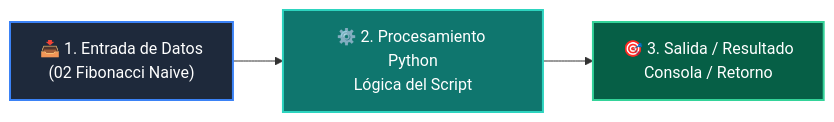
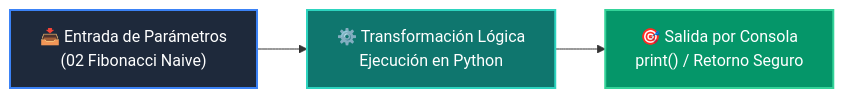
The diagram in 02-algoritmos-estructuras/clase-08-recursividad-y-programacion-dinamica/ejemplos/ejemplo_02_fibonacci_naive/README.md (wisrovi/wisrovi-python), drawn with Mermaid before and after one commit. The commit also changed other lines of this file and 226 other files, not shown here.

Commit message:
docs: elevate all repository READMEs to world-class mastery standard with rich pedagogical architecture, custom Mermaids, and professional styling

````diff
--- a/02-algoritmos-estructuras/clase-08-recursividad-y-programacion-dinamica/ejemplos/ejemplo_02_fibonacci_naive/README.md
+++ b/02-algoritmos-estructuras/clase-08-recursividad-y-programacion-dinamica/ejemplos/ejemplo_02_fibonacci_naive/README.md
@@ -12,9 +19,9 @@
 ```mermaid
 flowchart LR
-    A["📥 1. Entrada de Datos<br/>(02 Fibonacci Naive)"] --> B["⚙️ 2. Procesamiento Python<br/>Lógica del Script"]
-    B --> C["🎯 3. Salida / Resultado<br/>Consola / Retorno"]
+    A["📥 Entrada de Parámetros<br/>(02 Fibonacci Naive)"] --> B["⚙️ Transformación Lógica<br/>Ejecución en Python"]
+    B --> C["🎯 Salida por Consola<br/>print() / Retorno Seguro"]
 
-    style A fill:#1e293b,color:#fff,stroke:#3b82f6,stroke-width:2px
-    style B fill:#0f766e,color:#fff,stroke:#2dd4bf,stroke-width:2px
-    style C fill:#065f46,color:#fff,stroke:#34d399,stroke-width:2px
+    style A fill:#1e293b,color:#ffffff,stroke:#3b82f6,stroke-width:2px
+    style B fill:#0f766e,color:#ffffff,stroke:#2dd4bf,stroke-width:2px
+    style C fill:#059669,color:#ffffff,stroke:#34d399,stroke-width:2px
 ```
````
